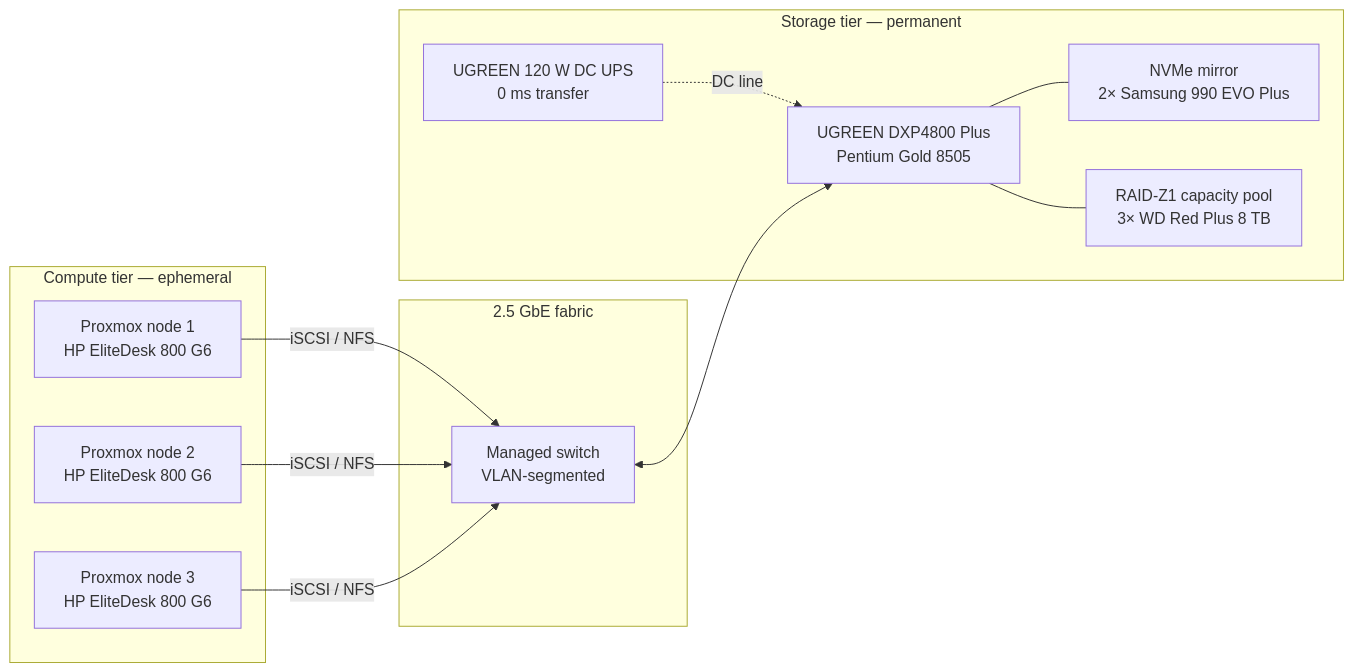
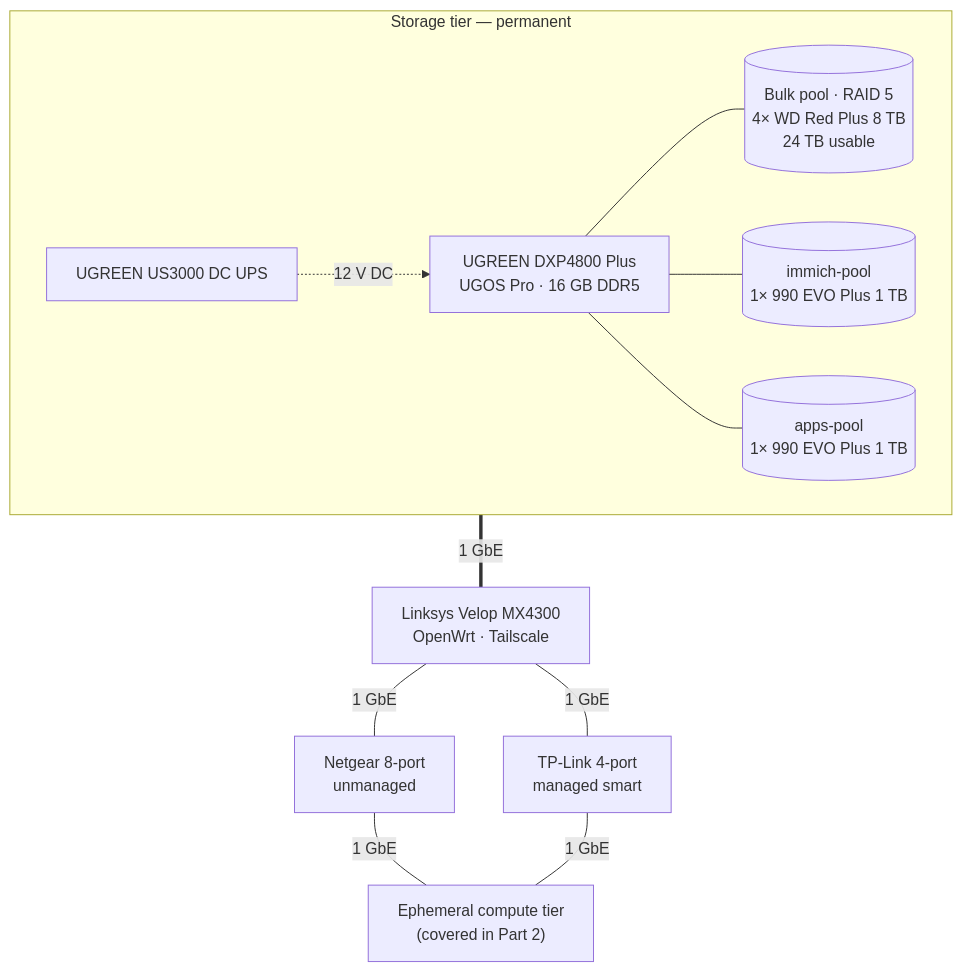
One commit to faisalkhan91/Fluxus changed the first of 2 diagrams in src/assets/blog/posts/homelab-storage-foundation.md. Above: the diagram before and after it, drawn with Mermaid. The commit also changed other lines of this file and 15 other files, not shown here.

````diff
--- a/src/assets/blog/posts/homelab-storage-foundation.md
+++ b/src/assets/blog/posts/homelab-storage-foundation.md
@@ -11,27 +11,23 @@
 ```mermaid
-flowchart LR
-    subgraph Compute["Compute tier — ephemeral"]
-        N1["Proxmox node 1<br/>HP EliteDesk 800 G6"]
-        N2["Proxmox node 2<br/>HP EliteDesk 800 G6"]
-        N3["Proxmox node 3<br/>HP EliteDesk 800 G6"]
+flowchart TB
+    subgraph Storage["Storage tier — permanent"]
+        direction LR
+        UPS["UGREEN US3000 DC UPS"]
+        NAS["UGREEN DXP4800 Plus<br/>UGOS Pro · 16 GB DDR5"]
+        BULK[("Bulk pool · RAID 5<br/>4× WD Red Plus 8 TB<br/>24 TB usable")]
+        IMMICH_POOL[("immich-pool<br/>1× 990 EVO Plus 1 TB")]
+        APPS_POOL[("apps-pool<br/>1× 990 EVO Plus 1 TB")]
+        UPS -. 12 V DC .-> NAS
+        NAS --- BULK
+        NAS --- IMMICH_POOL
+        NAS --- APPS_POOL
     end
 
-    subgraph Network["2.5 GbE fabric"]
-        SW["Managed switch<br/>VLAN-segmented"]
-    end
+    NAS ===|"1 GbE"| GW["Linksys Velop MX4300<br/>OpenWrt · Tailscale"]
 
-    subgraph Storage["Storage tier — permanent"]
-        NAS["UGREEN DXP4800 Plus<br/>Pentium Gold 8505"]
-        FLASH["NVMe mirror<br/>2× Samsung 990 EVO Plus"]
-        BULK["RAID-Z1 capacity pool<br/>3× WD Red Plus 8 TB"]
-        UPS["UGREEN 120 W DC UPS<br/>0 ms transfer"]
-        NAS --- FLASH
-        NAS --- BULK
-        UPS -. DC line .-> NAS
-    end
+    GW ---|"1 GbE"| SW1["Netgear 8-port<br/>unmanaged"]
+    GW ---|"1 GbE"| SW2["TP-Link 4-port<br/>managed smart"]
 
-    N1 -- iSCSI / NFS --> SW
-    N2 -- iSCSI / NFS --> SW
-    N3 -- iSCSI / NFS --> SW
-    SW <--> NAS
+    SW1 ---|"1 GbE"| Compute["Ephemeral compute tier<br/>(covered in Part 2)"]
+    SW2 ---|"1 GbE"| Compute
 ```
````
